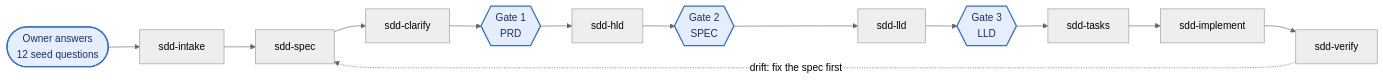
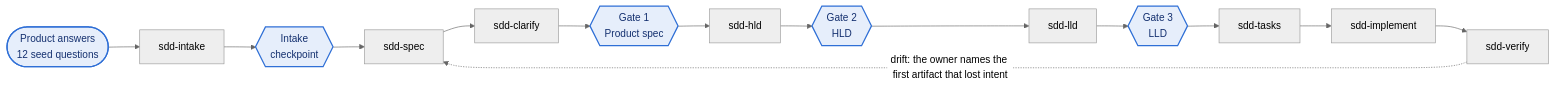
One commit to kennylhilljr/sdd_framework changed the diagram in README.md. Above: the diagram before and after it, drawn with Mermaid (neutral theme). The commit also changed other lines of this file and 84 other files, not shown here.

````diff
--- a/README.md
+++ b/README.md
@@ -27,9 +41,9 @@
 ```mermaid
 flowchart LR
-    H(["Owner answers<br/>12 seed questions"]) --> I[sdd-intake] --> S[sdd-spec] --> C[sdd-clarify]
-    C --> G1{{"Gate 1<br/>PRD"}} --> HLD[sdd-hld] --> G2{{"Gate 2<br/>SPEC"}} --> LLD[sdd-lld]
+    H(["Product answers<br/>12 seed questions"]) --> I[sdd-intake] --> K{{"Intake<br/>checkpoint"}} --> S[sdd-spec] --> C[sdd-clarify]
+    C --> G1{{"Gate 1<br/>Product spec"}} --> HLD[sdd-hld] --> G2{{"Gate 2<br/>HLD"}} --> LLD[sdd-lld]
     LLD --> G3{{"Gate 3<br/>LLD"}} --> T[sdd-tasks] --> IM[sdd-implement] --> V[sdd-verify]
-    V -. "drift: fix the spec first" .-> S
+    V -. "drift: the owner names the first artifact that lost intent" .-> S
     classDef human fill:#e6eefb,stroke:#2f6fd6,stroke-width:2px,color:#14306f
-    class H,G1,G2,G3 human
+    class H,K,G1,G2,G3 human
 ```
````
